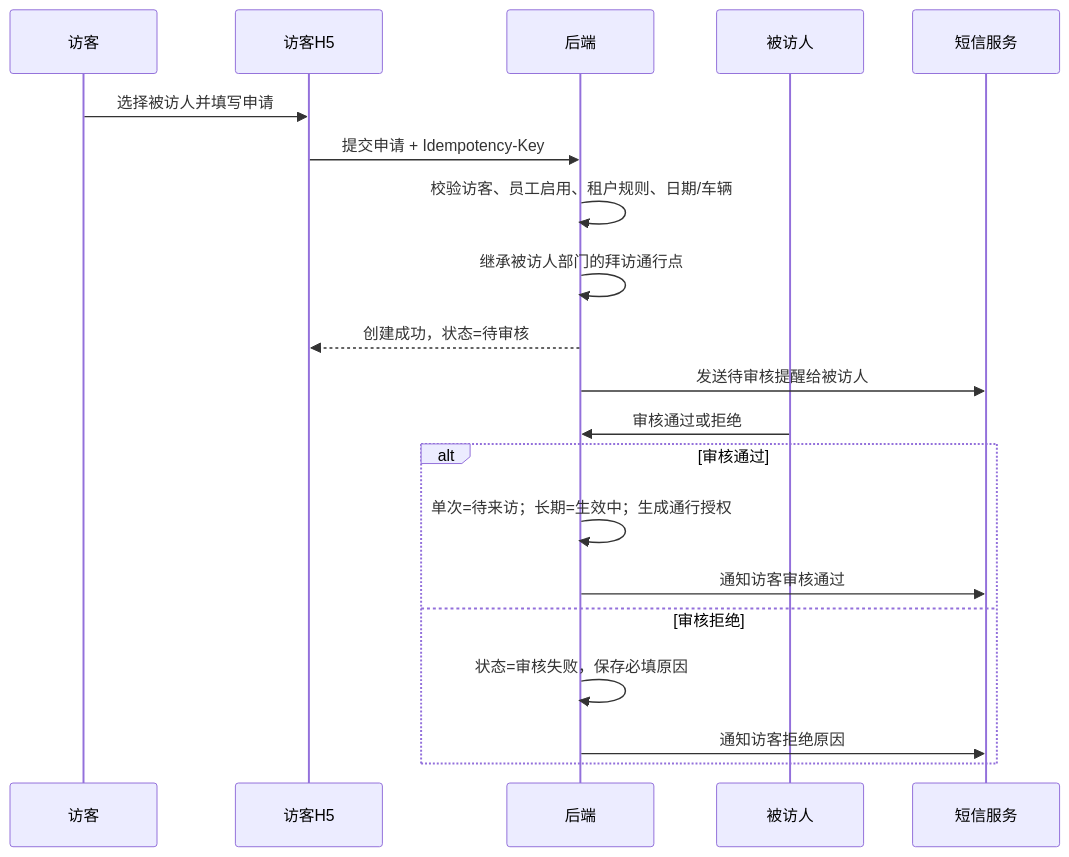
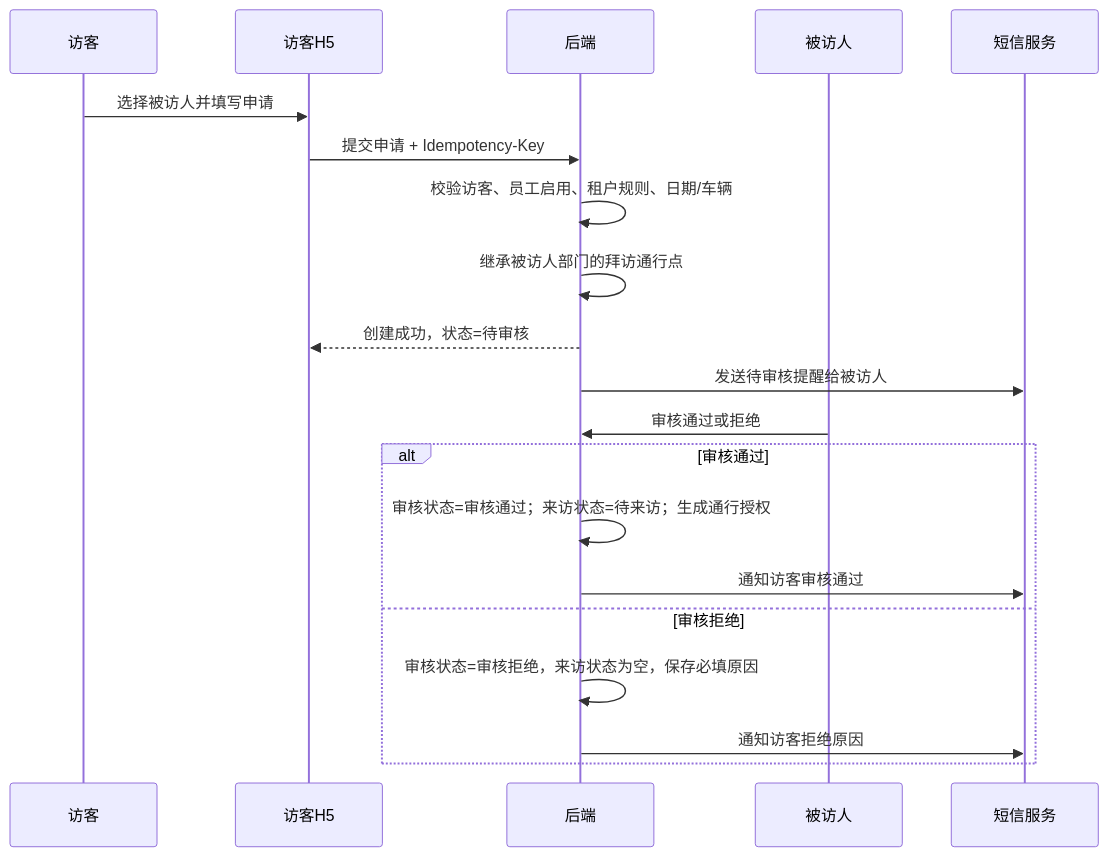
One commit to tangxiaochen755-droid/visitor-phase1-visual-blue changed the second of 7 diagrams in docs/integration/02-核心业务流程.md. Above: the diagram before and after it, drawn with Mermaid. The commit also changed other lines of this file and 11 other files, not shown here.

````diff
--- a/docs/integration/02-核心业务流程.md
+++ b/docs/integration/02-核心业务流程.md
@@ -26,22 +26,22 @@
 ```mermaid
 sequenceDiagram
   participant V as 访客
   participant FE as 访客H5
   participant API as 后端
   participant H as 被访人
   participant SMS as 短信服务
   V->>FE: 选择被访人并填写申请
   FE->>API: 提交申请 + Idempotency-Key
   API->>API: 校验访客、员工启用、租户规则、日期/车辆
   API->>API: 继承被访人部门的拜访通行点
   API-->>FE: 创建成功，状态=待审核
   API->>SMS: 发送待审核提醒给被访人
   H->>API: 审核通过或拒绝
   alt 审核通过
-    API->>API: 单次=待来访；长期=生效中；生成通行授权
+    API->>API: 审核状态=审核通过；来访状态=待来访；生成通行授权
     API->>SMS: 通知访客审核通过
   else 审核拒绝
-    API->>API: 状态=审核失败，保存必填原因
+    API->>API: 审核状态=审核拒绝，来访状态为空，保存必填原因
     API->>SMS: 通知访客拒绝原因
   end
 ```
````
